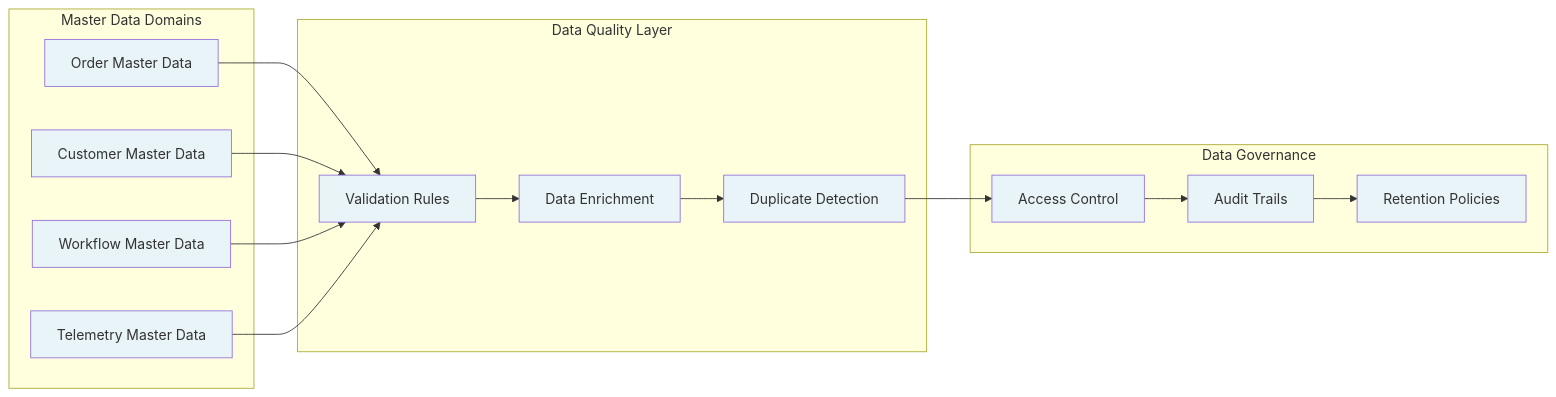
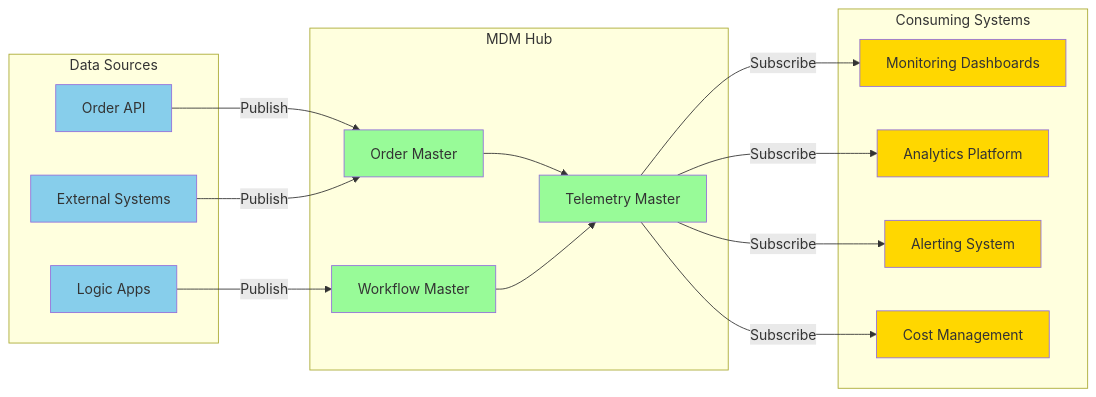
One commit to Evilazaro/Azure-LogicApps-Monitoring changed the third of 13 diagrams in bdat.md. Above: the diagram before and after it, drawn with Mermaid. The commit also changed other lines of this file, not shown here.

````diff
--- a/bdat.md
+++ b/bdat.md
@@ -133,43 +157,44 @@
 ```mermaid
-graph LR
-    subgraph "Master Data Domains"
-        A[Order Master Data]
-        B[Customer Master Data]
-        C[Workflow Master Data]
-        D[Telemetry Master Data]
+flowchart LR
+    subgraph "Data Sources"
+        DS1[Order API]
+        DS2[Logic Apps]
+        DS3[External Systems]
     end
     
-    subgraph "Data Quality Layer"
-        E[Validation Rules]
-        F[Data Enrichment]
-        G[Duplicate Detection]
+    subgraph "MDM Hub"
+        MDM1[Order Master]
+        MDM2[Workflow Master]
+        MDM3[Telemetry Master]
     end
     
-    subgraph "Data Governance"
-        H[Access Control]
-        I[Audit Trails]
-        J[Retention Policies]
+    subgraph "Consuming Systems"
+        C1[Monitoring Dashboards]
+        C2[Analytics Platform]
+        C3[Alerting System]
+        C4[Cost Management]
     end
     
-    A --> E
-    B --> E
-    C --> E
-    D --> E
+    DS1 -->|Publish| MDM1
+    DS2 -->|Publish| MDM2
+    DS3 -->|Publish| MDM1
     
-    E --> F
-    F --> G
-    G --> H
-    H --> I
-    I --> J
+    MDM1 --> MDM3
+    MDM2 --> MDM3
     
-    style A fill:#E8F4F8
-    style B fill:#E8F4F8
-    style C fill:#E8F4F8
-    style D fill:#E8F4F8
-    style E fill:#E8F4F8
-    style F fill:#E8F4F8
-    style G fill:#E8F4F8
-    style H fill:#E8F4F8
-    style I fill:#E8F4F8
-    style J fill:#E8F4F8
+    MDM3 -->|Subscribe| C1
+    MDM3 -->|Subscribe| C2
+    MDM3 -->|Subscribe| C3
+    MDM3 -->|Subscribe| C4
+    
+    style DS1 fill:#87CEEB
+    style DS2 fill:#87CEEB
+    style DS3 fill:#87CEEB
+    style MDM1 fill:#98FB98
+    style MDM2 fill:#98FB98
+    style MDM3 fill:#98FB98
+    style C1 fill:#FFD700
+    style C2 fill:#FFD700
+    style C3 fill:#FFD700
+    style C4 fill:#FFD700
 ```
````
